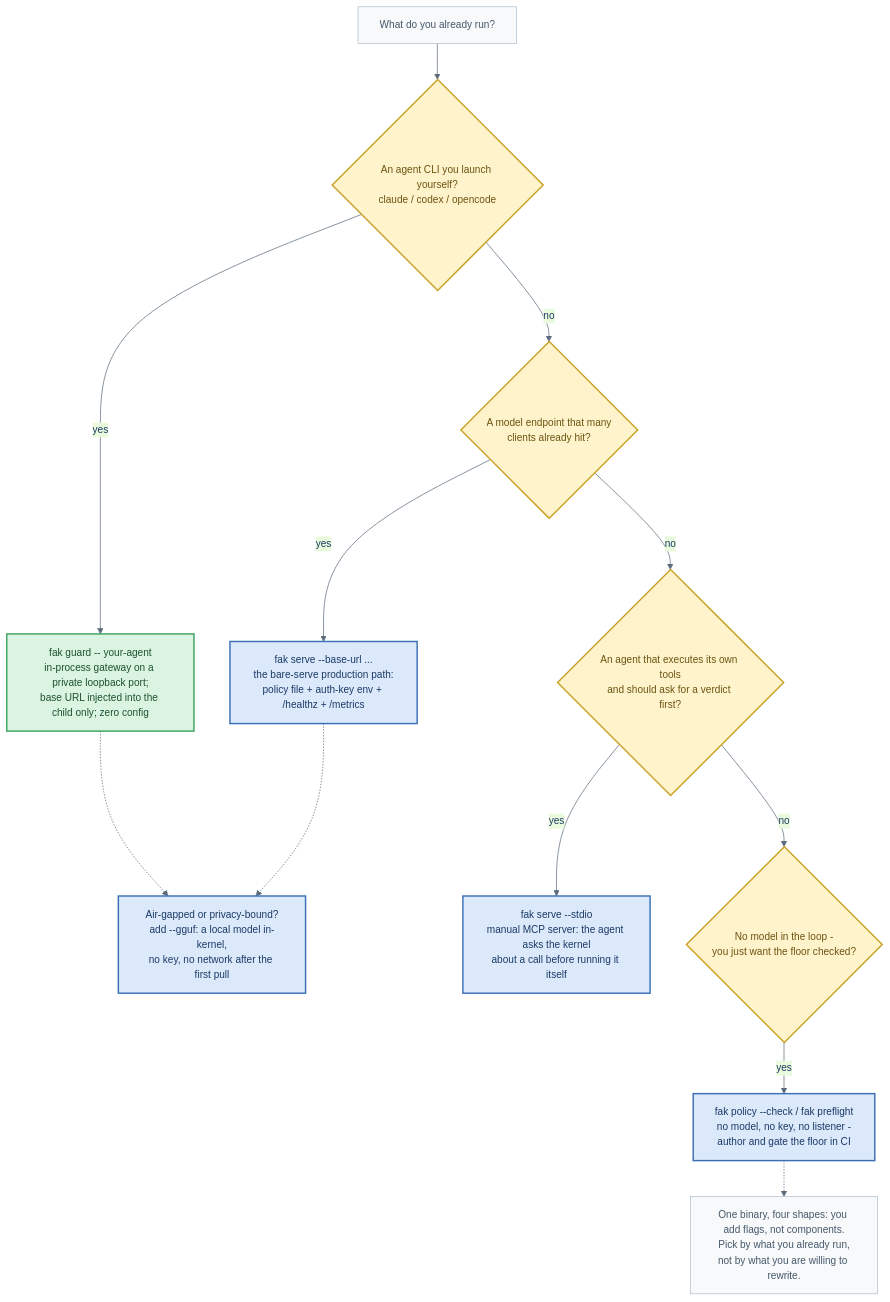
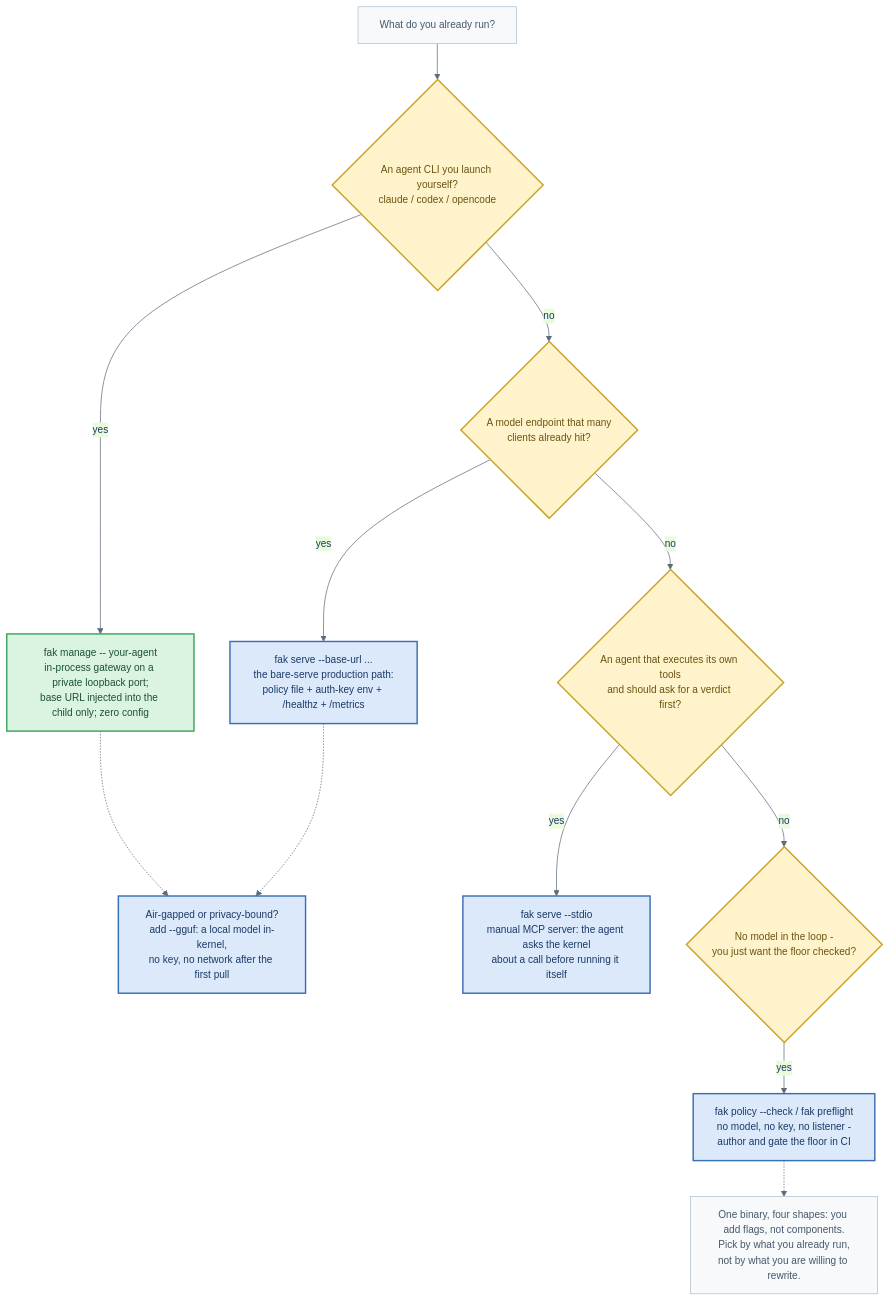
One commit to anthony-chaudhary/fak changed the fourth of 5 diagrams in docs/adoption-visuals.md. Above: the diagram before and after it, drawn with Mermaid. The commit also changed other lines of this file and 249 other files, not shown here.

First line of the commit message:
docs(manage): migrate canonical launch surface (#6539) (fak managedocs)

````diff
--- a/docs/adoption-visuals.md
+++ b/docs/adoption-visuals.md
@@ -214,41 +214,41 @@
 ```mermaid
 %%{init: {'theme':'base','themeVariables':{'fontFamily':'Segoe UI, Helvetica, Arial, sans-serif','fontSize':'14px','lineColor':'#5B6B7B','primaryColor':'#DCE9FB','primaryTextColor':'#1B3A66','primaryBorderColor':'#3B6FB5','clusterBkg':'#F7F9FB','clusterBorder':'#AFC0CE'}}}%%
 flowchart TB
   start["What do you already run?"]
 
   q1{"An agent CLI you launch yourself?<br/>claude / codex / opencode"}
   q2{"A model endpoint that many<br/>clients already hit?"}
   q3{"An agent that executes its own tools<br/>and should ask for a verdict first?"}
   q4{"No model in the loop -<br/>you just want the floor checked?"}
 
-  guard["fak guard -- your-agent<br/>in-process gateway on a private loopback port;<br/>base URL injected into the child only; zero config"]
+  guard["fak manage -- your-agent<br/>in-process gateway on a private loopback port;<br/>base URL injected into the child only; zero config"]
   serve["fak serve --base-url ...<br/>the bare-serve production path:<br/>policy file + auth-key env + /healthz + /metrics"]
   mcp["fak serve --stdio<br/>manual MCP server: the agent asks the kernel<br/>about a call before running it itself"]
   ci["fak policy --check / fak preflight<br/>no model, no key, no listener -<br/>author and gate the floor in CI"]
   ggufN["Air-gapped or privacy-bound?<br/>add --gguf: a local model in-kernel,<br/>no key, no network after the first pull"]
 
   start --> q1
   q1 -->|"yes"| guard
   q1 -->|"no"| q2
   q2 -->|"yes"| serve
   q2 -->|"no"| q3
   q3 -->|"yes"| mcp
   q3 -->|"no"| q4
   q4 -->|"yes"| ci
   guard -.-> ggufN
   serve -.-> ggufN
 
   note["One binary, four shapes: you add flags, not components.<br/>Pick by what you already run,<br/>not by what you are willing to rewrite."]
   ci -.-> note
 
   classDef gate fill:#FFF3CC,stroke:#C9A227,stroke-width:2px,color:#6B5410;
   classDef pass fill:#DBF3E1,stroke:#3FA45F,stroke-width:2px,color:#1C5230;
   classDef kernel fill:#DCE9FB,stroke:#3B6FB5,stroke-width:2px,color:#1B3A66;
   classDef note fill:#F7F9FB,stroke:#AFC0CE,stroke-width:1px,color:#46586A;
 
   class start note;
   class q1,q2,q3,q4 gate;
   class guard pass;
   class serve,mcp,ci,ggufN kernel;
   class note note;
 ```
````
